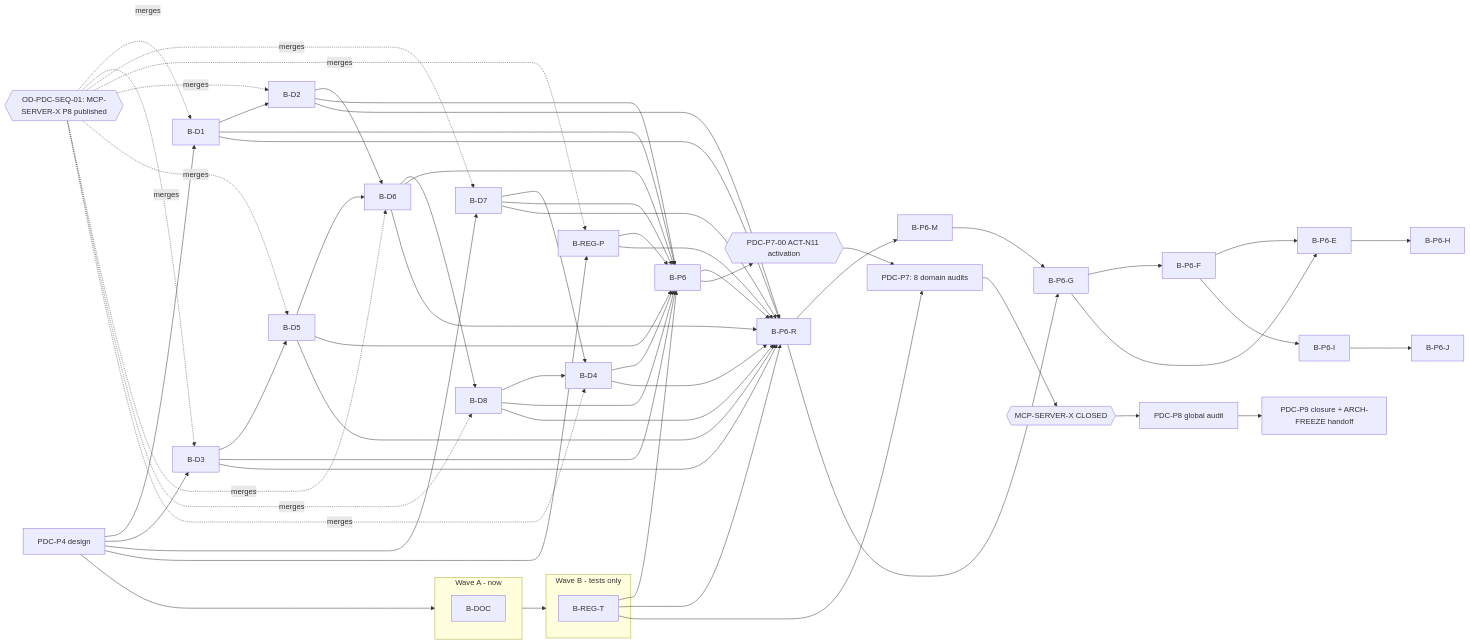
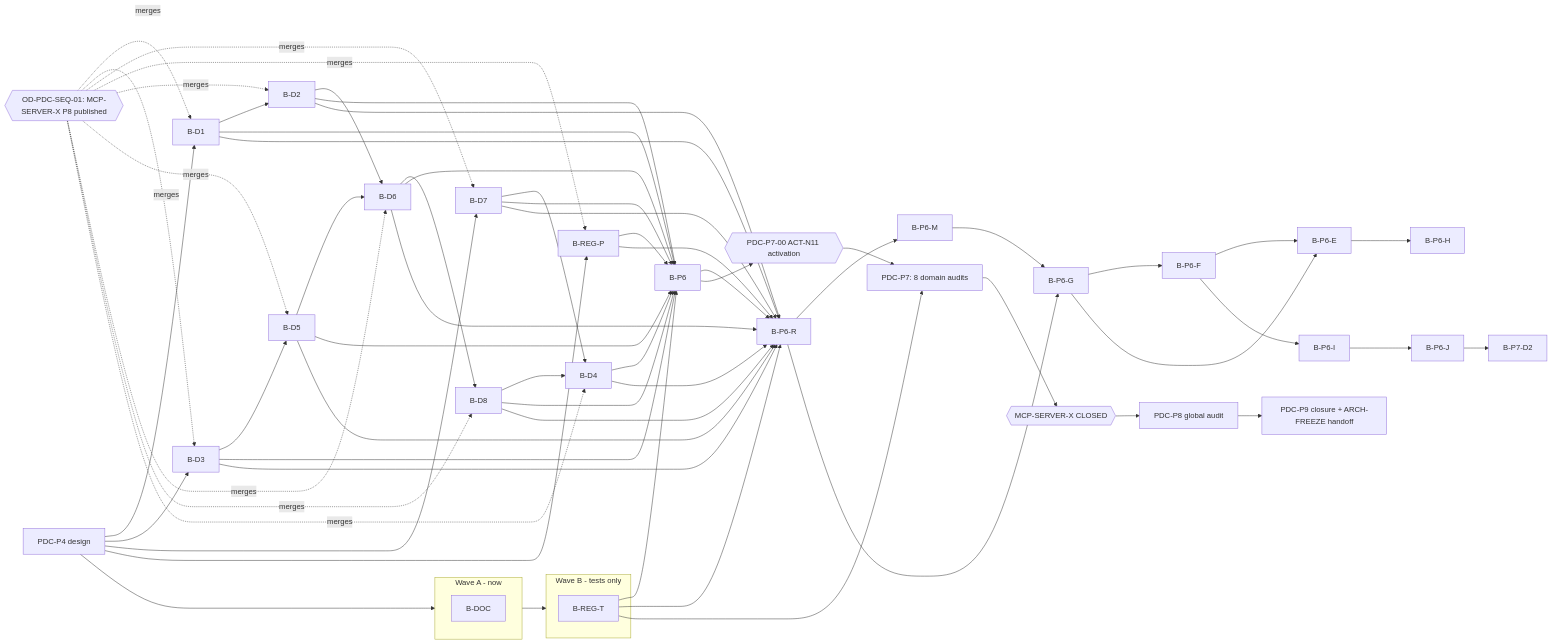
The diagram in docs/project/maintainers/qualification/platform_domain_completeness/PDC_DEPENDENCY_DAG.md (jakbuczarnecki/intergrax), drawn with Mermaid before and after one commit. The commit also changed other lines of this file and 4 other files, not shown here.

````diff
--- a/docs/project/maintainers/qualification/platform_domain_completeness/PDC_DEPENDENCY_DAG.md
+++ b/docs/project/maintainers/qualification/platform_domain_completeness/PDC_DEPENDENCY_DAG.md
@@ -5,54 +5,55 @@
 ```mermaid
 graph LR
   P4[PDC-P4 design] --> WA
   subgraph WA[Wave A - now]
     B-DOC
   end
   subgraph WB[Wave B - tests only]
     B-REG-T
   end
   WA --> WB
   GATE{{OD-PDC-SEQ-01: MCP-SERVER-X P8 published}}
   B-D1 --> B-D2
   B-D3 --> B-D5
   B-D2 --> B-D6
   B-D5 --> B-D6
   B-D6 --> B-D8
   B-D7 --> B-D4
   B-D8 --> B-D4
   B-D1 --> B-P6
   B-D2 --> B-P6
   B-D3 --> B-P6
   B-D4 --> B-P6
   B-D5 --> B-P6
   B-D6 --> B-P6
   B-D7 --> B-P6
   B-D8 --> B-P6
   B-REG-P --> B-P6
   B-REG-T --> B-P6
   B-D1 --> B-P6-R
   B-D2 --> B-P6-R
   B-D3 --> B-P6-R
   B-D4 --> B-P6-R
   B-D5 --> B-P6-R
   B-D6 --> B-P6-R
   B-D7 --> B-P6-R
   B-D8 --> B-P6-R
   B-REG-P --> B-P6-R
   B-REG-T --> B-P6-R
   B-P6 --> B-P6-R
   B-P6-R --> B-P6-M
   B-P6-R --> B-P6-G
   B-P6-M --> B-P6-G
   B-P6-G --> B-P6-F
   B-P6-G --> B-P6-E
   B-P6-F --> B-P6-E
   B-P6-E --> B-P6-H
   B-P6-F --> B-P6-I
   B-P6-I --> B-P6-J
+  B-P6-J --> B-P7-D2
   P4 --> B-D1 & B-D3 & B-D7 & B-REG-P
   GATE -. merges .-> B-D1 & B-D3 & B-D7 & B-REG-P & B-D2 & B-D5 & B-D6 & B-D8 & B-D4
   B-P6 --> ACT{{PDC-P7-00 ACT-N11 activation}} --> P7[PDC-P7: 8 domain audits]
   B-REG-T --> P7
   P7 --> MCPC{{MCP-SERVER-X CLOSED}} --> P8[PDC-P8 global audit] --> P9[PDC-P9 closure + ARCH-FREEZE handoff]
 ```
````
